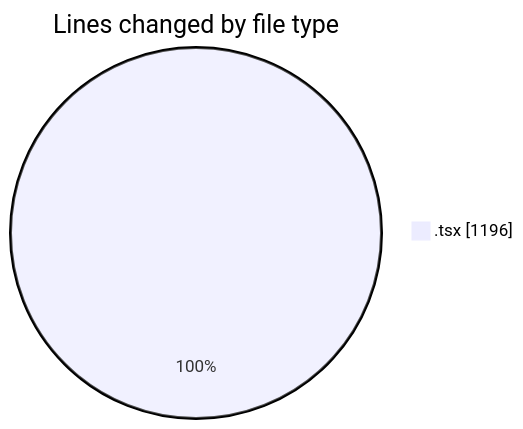
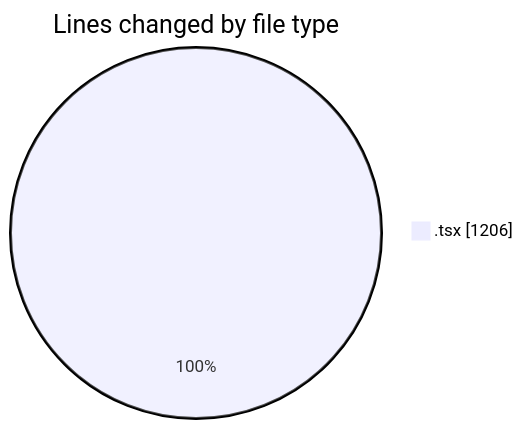
Before and after one commit to momahboobian/code-tracking: the first of 2 diagrams in 2025-09-30/cda/README.md, drawn with Mermaid. The commit also changed other lines of this file and 1 other file, not shown here.

````diff
--- a/2025-09-30/cda/README.md
+++ b/2025-09-30/cda/README.md
@@ -21,5 +21,5 @@
 ```mermaid
 pie showData
 title Lines changed by file type
-".tsx" : 1196
+".tsx" : 1206
 ```
````
